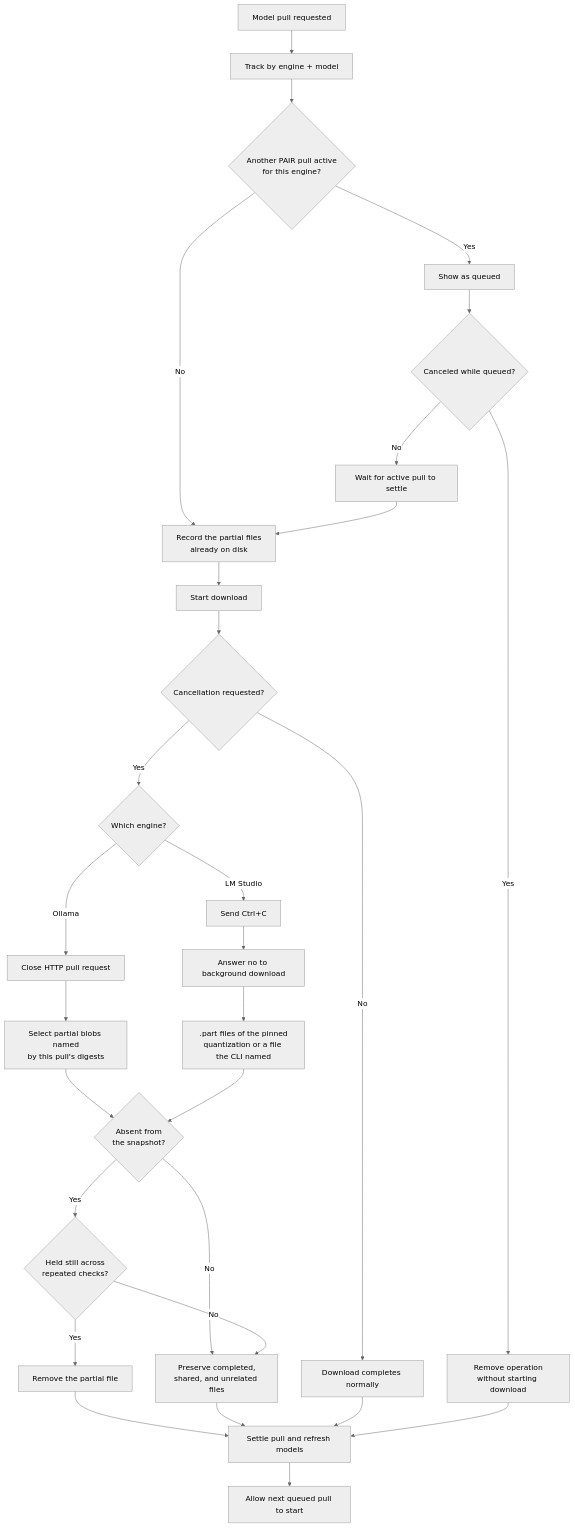
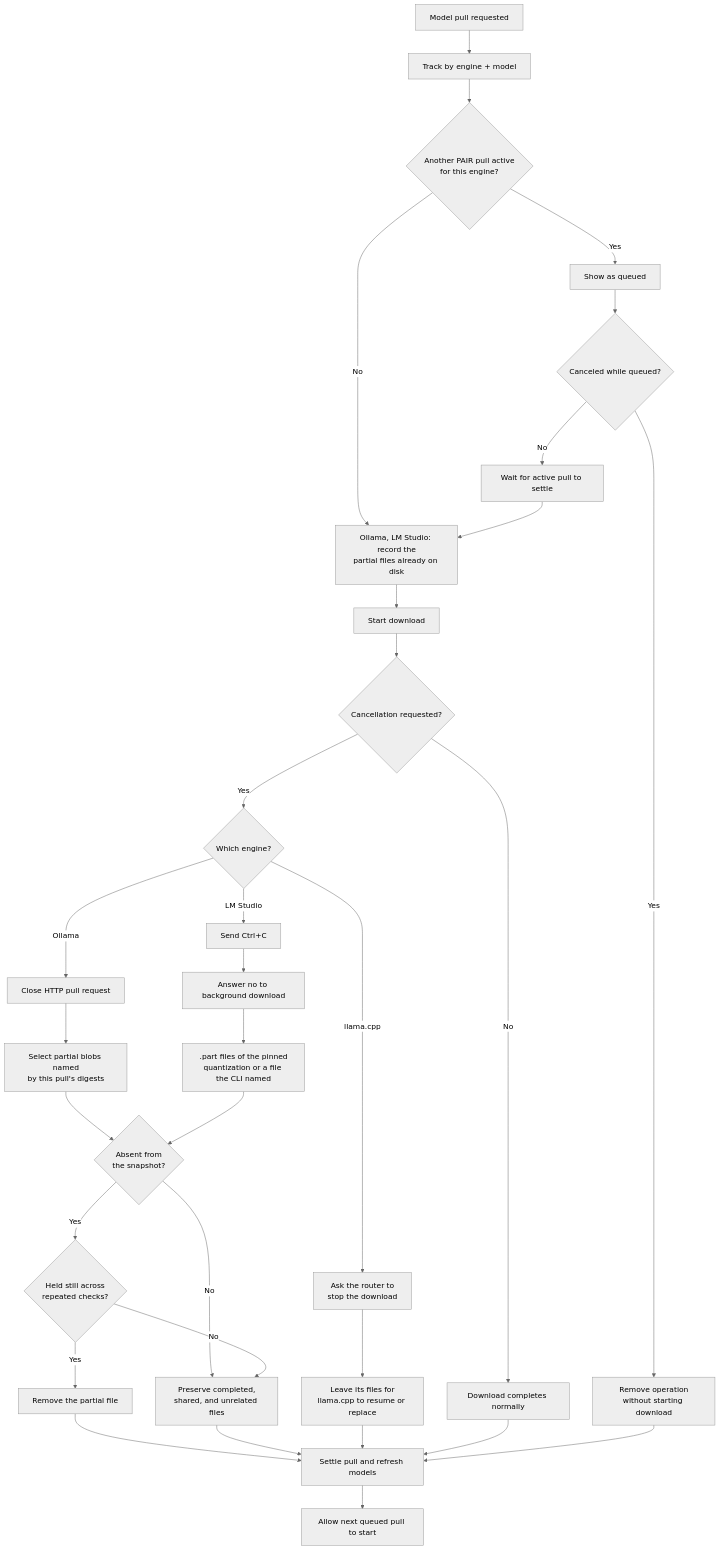
The second of 2 diagrams in desktop/docs/services-parity.md (NVIDIA/Personal-AI-Router), drawn with Mermaid (neutral theme) before and after one commit. The commit also changed other lines of this file and 15 other files, not shown here.

````diff
--- a/desktop/docs/services-parity.md
+++ b/desktop/docs/services-parity.md
@@ -403,38 +411,42 @@
 ```mermaid
 flowchart TD
     Request["Model pull requested"] --> Tracked["Track by engine + model"]
     Tracked --> Busy{"Another PAIR pull active<br/>for this engine?"}
 
-    Busy -- No --> Snapshot["Record the partial files<br/>already on disk"]
+    Busy -- No --> Snapshot["Ollama, LM Studio: record the<br/>partial files already on disk"]
     Busy -- Yes --> Queued["Show as queued"]
 
     Queued --> QueueCancel{"Canceled while queued?"}
     QueueCancel -- Yes --> NeverStarted["Remove operation<br/>without starting download"]
     QueueCancel -- No --> Wait["Wait for active pull to settle"]
     Wait --> Snapshot
 
     Snapshot --> Active["Start download"]
     Active --> Cancel{"Cancellation requested?"}
     Cancel -- No --> Complete["Download completes normally"]
     Cancel -- Yes --> Engine{"Which engine?"}
 
     Engine -- Ollama --> OllamaStop["Close HTTP pull request"]
     OllamaStop --> OllamaCandidates["Select partial blobs named<br/>by this pull's digests"]
 
     Engine -- LM Studio --> LMSStop["Send Ctrl+C"]
     LMSStop --> LMSPrompt["Answer no to background download"]
     LMSPrompt --> LMSCandidates[".part files of the pinned<br/>quantization or a file the CLI named"]
 
+    Engine -- llama.cpp --> LlamaStop["Ask the router to<br/>stop the download"]
+    LlamaStop --> LlamaKeep["Leave its files for<br/>llama.cpp to resume or replace"]
+
     OllamaCandidates --> Owned{"Absent from<br/>the snapshot?"}
     LMSCandidates --> Owned
     Owned -- No --> Preserve["Preserve completed,<br/>shared, and unrelated files"]
     Owned -- Yes --> Quiet{"Held still across<br/>repeated checks?"}
     Quiet -- No --> Preserve
     Quiet -- Yes --> Delete["Remove the partial file"]
 
     Delete --> Settle["Settle pull and refresh models"]
     Preserve --> Settle
+    LlamaKeep --> Settle
     Complete --> Settle
     NeverStarted --> Settle
     Settle --> Next["Allow next queued pull to start"]
 ```
````
